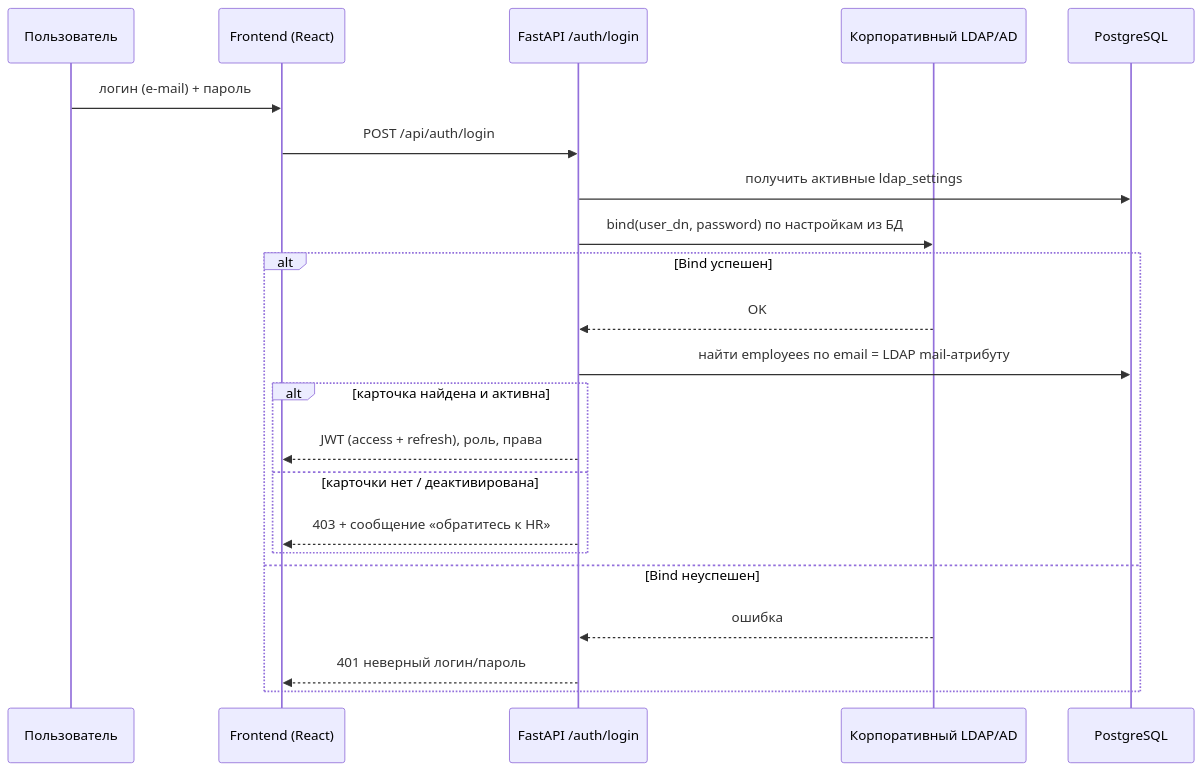
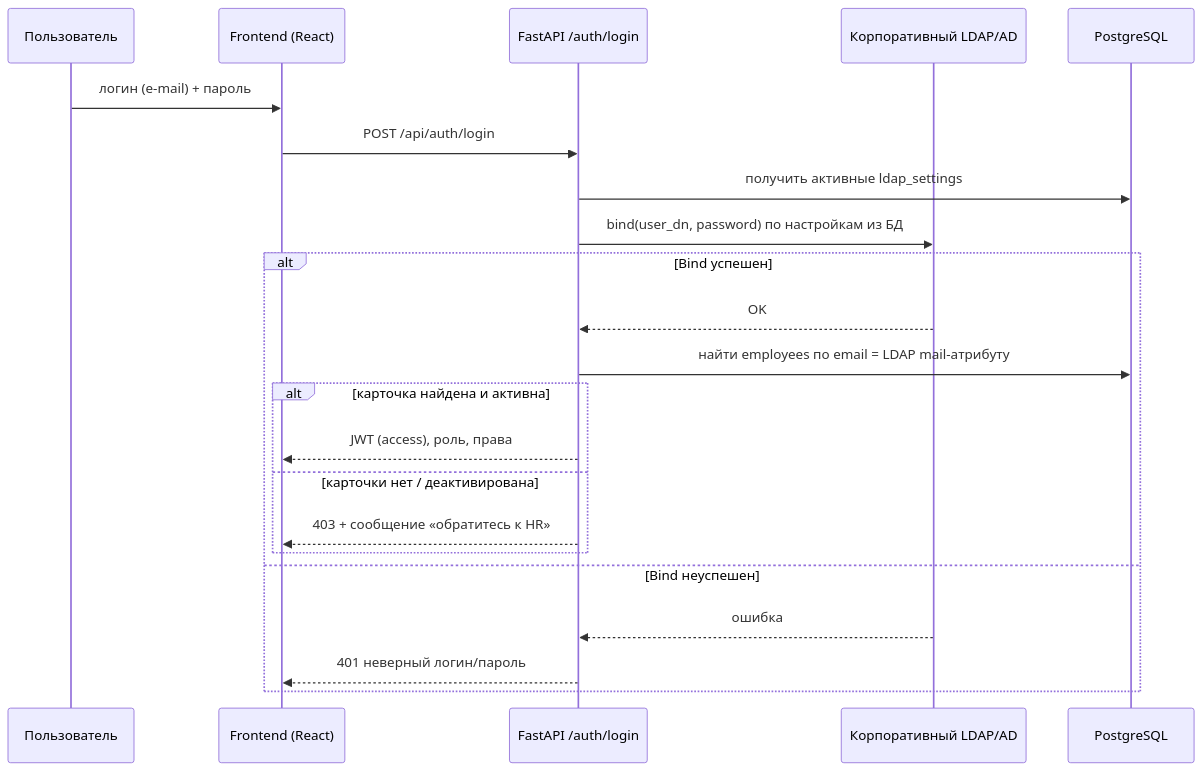
One commit to 33gram/vacation changed the second of 2 diagrams in docs/plan.md. Above: the diagram before and after it, drawn with Mermaid. The commit also changed other lines of this file, not shown here.

First line of the commit message:
plan.md: T-M1-35, reflect refresh token removal in §5.2

````diff
--- a/docs/plan.md
+++ b/docs/plan.md
@@ -190,25 +190,25 @@
 ```mermaid
 sequenceDiagram
     participant U as Пользователь
     participant FE as Frontend (React)
     participant API as FastAPI /auth/login
     participant LDAP as Корпоративный LDAP/AD
     participant DB as PostgreSQL
 
     U->>FE: логин (e-mail) + пароль
     FE->>API: POST /api/auth/login
     API->>DB: получить активные ldap_settings
     API->>LDAP: bind(user_dn, password) по настройкам из БД
     alt Bind успешен
         LDAP-->>API: OK
         API->>DB: найти employees по email = LDAP mail-атрибуту
         alt карточка найдена и активна
-            API-->>FE: JWT (access + refresh), роль, права
+            API-->>FE: JWT (access), роль, права
         else карточки нет / деактивирована
             API-->>FE: 403 + сообщение «обратитесь к HR»
         end
     else Bind неуспешен
         LDAP-->>API: ошибка
         API-->>FE: 401 неверный логин/пароль
     end
 ```
````
